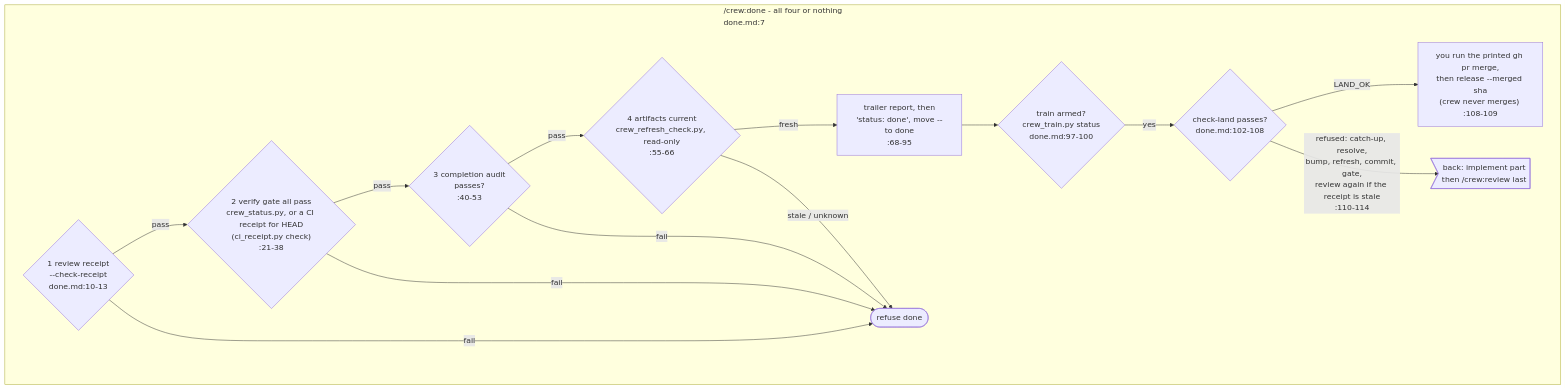
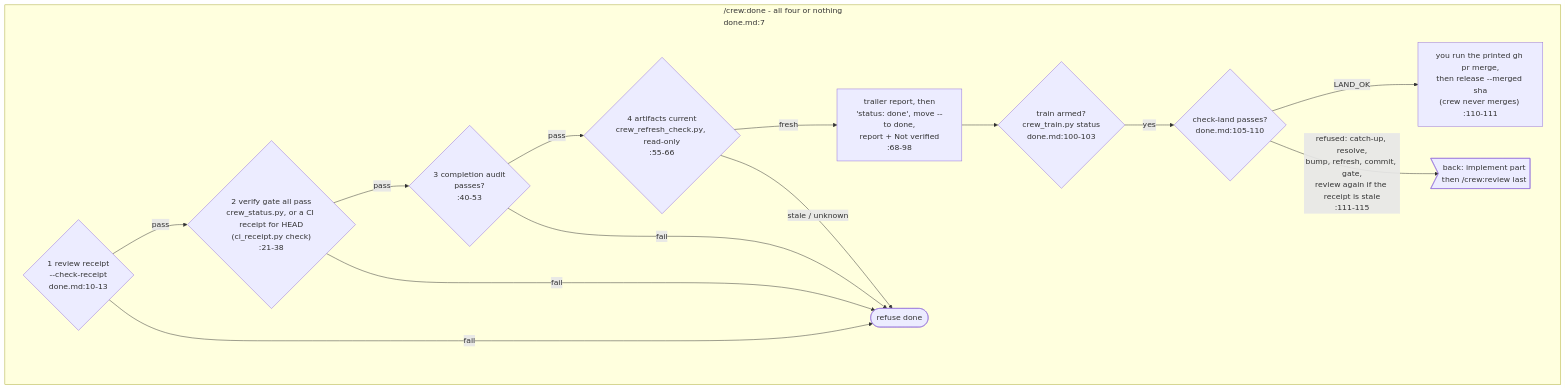
Before and after one commit to mbadali25/useful-claude-add-ons: diagram 28 of 36 in docs/diagrams/README.md, drawn with Mermaid. The commit also changed other lines of this file and 8 other files, not shown here.

First line of the commit message:
batch 6: regenerate rules, diagrams README, the two changed guides; re-measure BUDGETS

````diff
--- a/docs/diagrams/README.md
+++ b/docs/diagrams/README.md
@@ -1063,18 +1063,18 @@
 ```mermaid
 flowchart TB
     subgraph done["/crew:done - all four or nothing<br/>done.md:7"]
         dn1{"1 review receipt<br/>--check-receipt<br/>done.md:10-13"}
         dn1 -- pass --> dn2{"2 verify gate all pass<br/>crew_status.py, or a CI receipt for HEAD<br/>(ci_receipt.py check)<br/>:21-38"}
         dn2 -- pass --> dn3{"3 completion audit<br/>passes?<br/>:40-53"}
         dn3 -- pass --> dn5{"4 artifacts current<br/>crew_refresh_check.py, read-only<br/>:55-66"}
-        dn5 -- fresh --> dn4["trailer report, then<br/>'status: done', move --to done<br/>:68-95"]
+        dn5 -- fresh --> dn4["trailer report, then<br/>'status: done', move --to done,<br/>report + Not verified<br/>:68-98"]
         dn1 -- fail --> dnx([refuse done])
         dn2 -- fail --> dnx
         dn3 -- fail --> dnx
         dn5 -- "stale / unknown" --> dnx
-        dn4 --> ln0{"train armed?<br/>crew_train.py status<br/>done.md:97-100"}
-        ln0 -- yes --> ln1{"check-land passes?<br/>done.md:102-108"}
-        ln1 -- LAND_OK --> ln2["you run the printed gh pr merge,<br/>then release --merged sha<br/>(crew never merges) :108-109"]
-        ln1 -- "refused: catch-up, resolve,<br/>bump, refresh, commit, gate,<br/>review again if the receipt is stale<br/>:110-114" --> to_im5>"back: implement part<br/>then /crew:review last"]
+        dn4 --> ln0{"train armed?<br/>crew_train.py status<br/>done.md:100-103"}
+        ln0 -- yes --> ln1{"check-land passes?<br/>done.md:105-110"}
+        ln1 -- LAND_OK --> ln2["you run the printed gh pr merge,<br/>then release --merged sha<br/>(crew never merges) :110-111"]
+        ln1 -- "refused: catch-up, resolve,<br/>bump, refresh, commit, gate,<br/>review again if the receipt is stale<br/>:111-115" --> to_im5>"back: implement part<br/>then /crew:review last"]
     end
 ```
````
